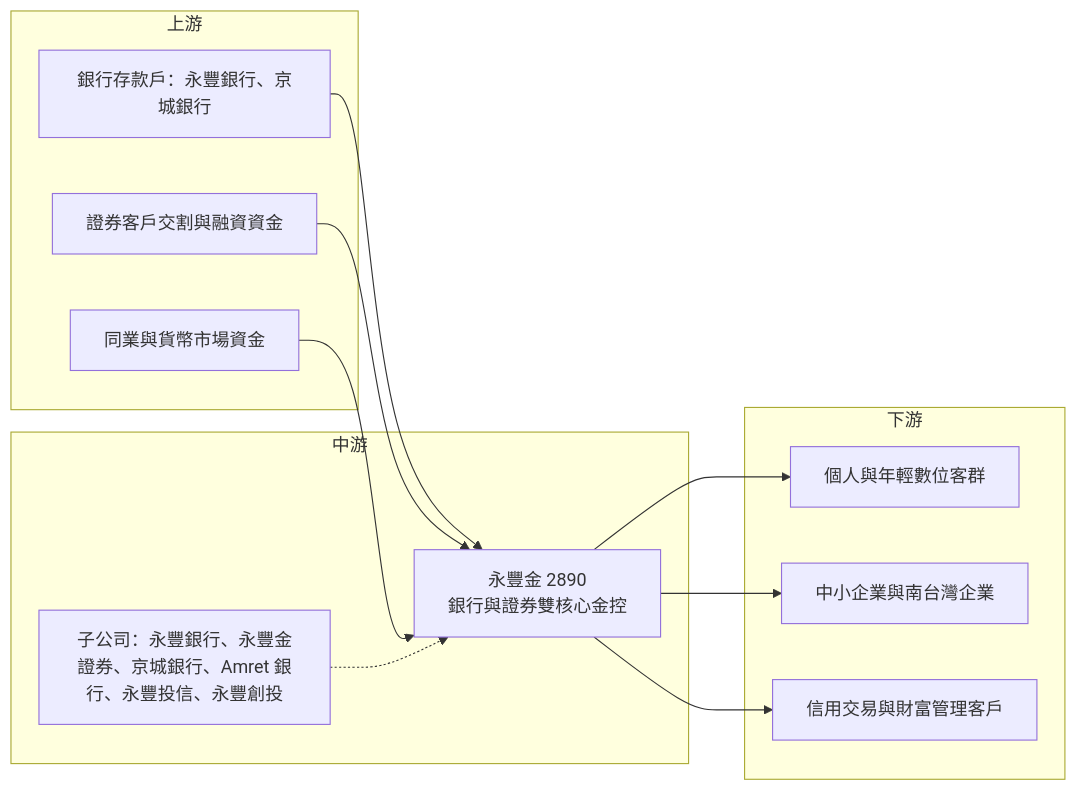
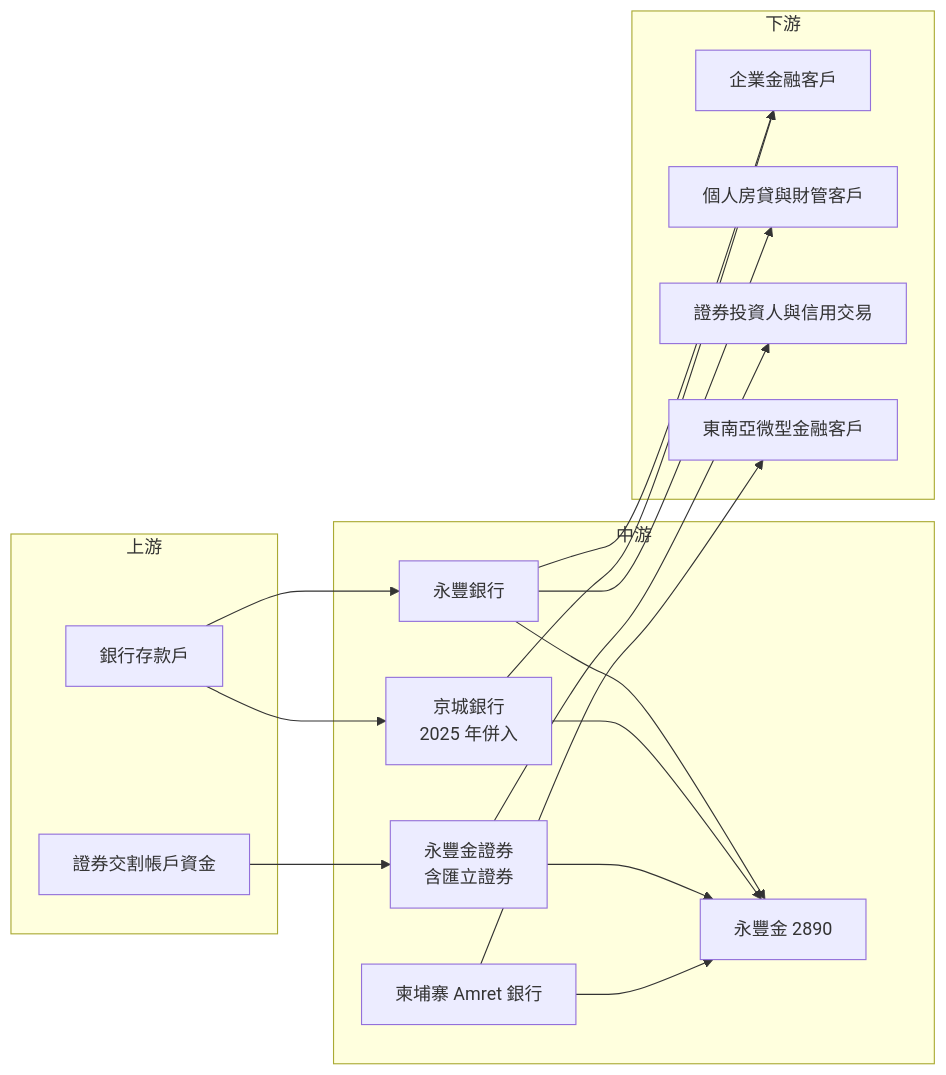
Before and after one commit to wangnick1004/taiwan-stock-vault: the fourth of 4 diagrams in 個股/台股/2890永豐金.md, drawn with Mermaid. The commit also changed other lines of this file and 7 other files, not shown here.

````diff
--- a/個股/台股/2890永豐金.md
+++ b/個股/台股/2890永豐金.md
@@ -203,24 +234,32 @@
 ```mermaid
 flowchart LR
     subgraph 上游
-        A1[銀行存款戶：永豐銀行、京城銀行]
-        A2[證券客戶交割與融資資金]
-        A3[同業與貨幣市場資金]
+        A1[銀行存款戶]
+        A2[證券交割帳戶資金]
     end
     subgraph 中游
-        B[永豐金 2890<br/>銀行與證券雙核心金控]
-        B2[子公司：永豐銀行、永豐金證券、京城銀行、Amret 銀行、永豐投信、永豐創投]
+        B[永豐金 2890]
+        B1[永豐銀行]
+        B2["京城銀行<br/>2025 年併入"]
+        B3["永豐金證券<br/>含匯立證券"]
+        B4[柬埔寨 Amret 銀行]
     end
     subgraph 下游
-        C1[個人與年輕數位客群]
-        C2[中小企業與南台灣企業]
-        C3[信用交易與財富管理客戶]
+        C1[企業金融客戶]
+        C2[個人房貸與財管客戶]
+        C3[證券投資人與信用交易]
+        C4[東南亞微型金融客戶]
     end
-    A1 --> B
-    A2 --> B
-    A3 --> B
-    B2 -.-> B
-    B --> C1
-    B --> C2
-    B --> C3
+    A1 --> B1
+    A1 --> B2
+    A2 --> B3
+    B1 --> B
+    B2 --> B
+    B3 --> B
+    B4 --> B
+    B1 --> C1
+    B1 --> C2
+    B2 --> C1
+    B3 --> C3
+    B4 --> C4
 ```
````
